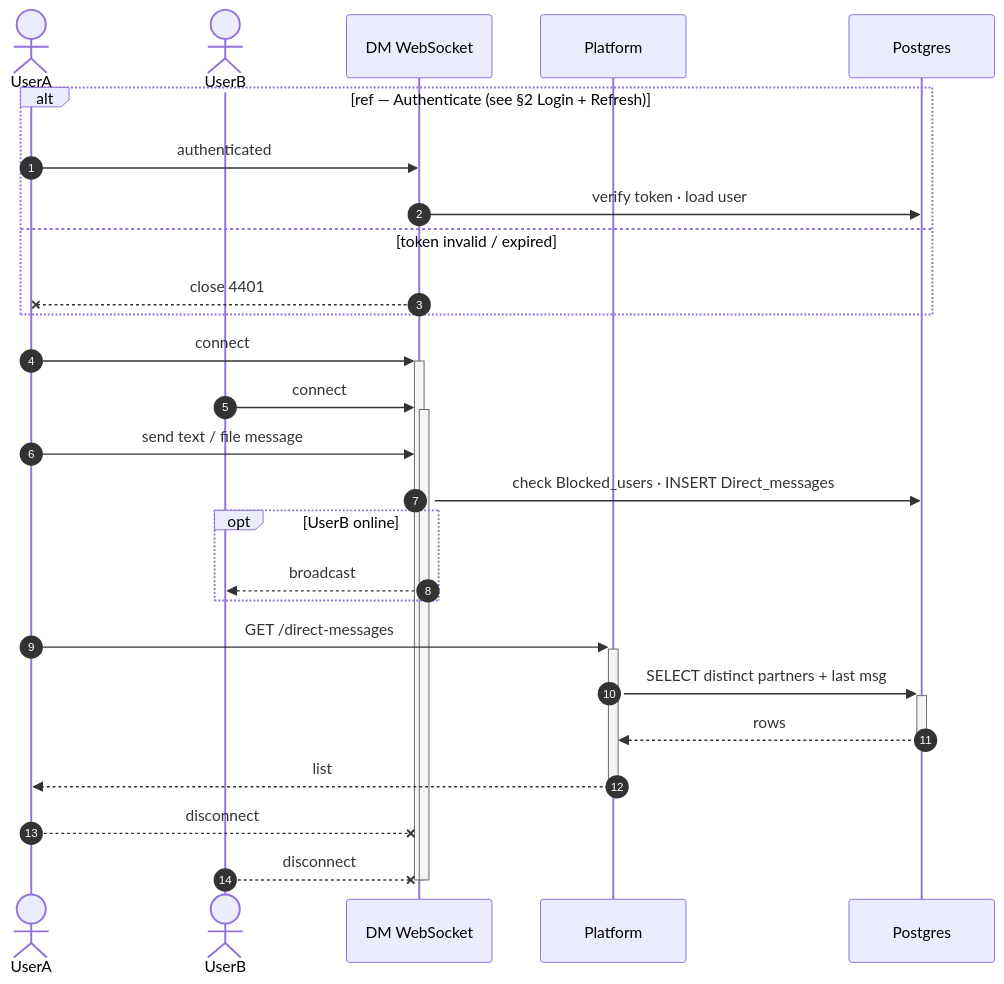
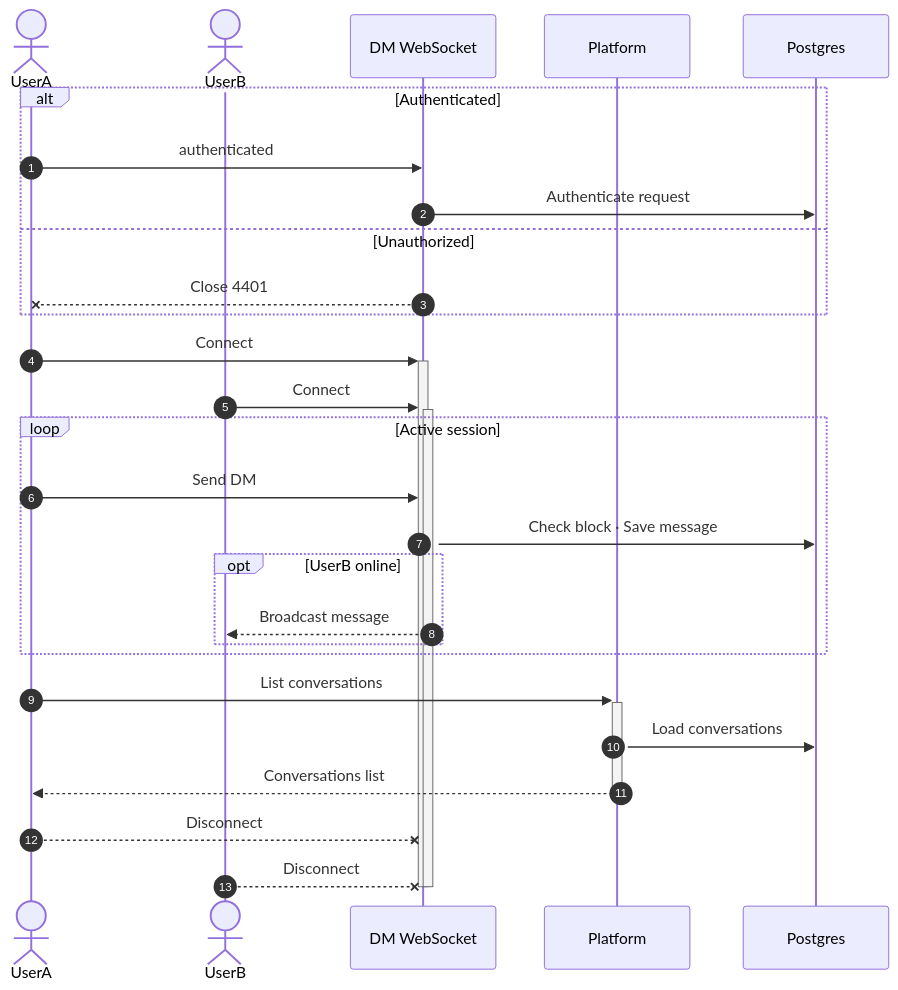
Diagram 15 of 16 in docs/SEQUENCE_DIAGRAMS.md (MohamedChebbi123/teamnest), drawn with Mermaid before and after one commit. The commit also changed other lines of this file, not shown here.

````diff
--- a/docs/SEQUENCE_DIAGRAMS.md
+++ b/docs/SEQUENCE_DIAGRAMS.md
@@ -451,35 +529,36 @@
 ```mermaid
 sequenceDiagram
     autonumber
     actor UserA
     actor UserB
     participant WS as DM WebSocket
     participant API as Platform
     participant DB as Postgres
 
-    alt ref — Authenticate (see §2 Login + Refresh)
+    alt Authenticated
         UserA->>WS: authenticated
-        WS->>DB: verify token · load user
-    else token invalid / expired
-        WS--xUserA: close 4401
+        WS->>DB: Authenticate request
+    else Unauthorized
+        WS--xUserA: Close 4401
     end
 
-    UserA->>+WS: connect
-    UserB->>+WS: connect
+    UserA->>+WS: Connect
+    UserB->>+WS: Connect
 
-    UserA->>WS: send text / file message
-    WS->>DB: check Blocked_users · INSERT Direct_messages
-    opt UserB online
-        WS-->>UserB: broadcast
+    loop Active session
+        UserA->>WS: Send DM
+        WS->>DB: Check block · Save message
+        opt UserB online
+            WS-->>UserB: Broadcast message
+        end
     end
 
-    UserA->>+API: GET /direct-messages
-    API->>+DB: SELECT distinct partners + last msg
-    DB-->>-API: rows
-    API-->>-UserA: list
+    UserA->>+API: List conversations
+    API->>DB: Load conversations
+    API-->>-UserA: Conversations list
 
-    UserA--xWS: disconnect
-    UserB--xWS: disconnect
+    UserA--xWS: Disconnect
+    UserB--xWS: Disconnect
     deactivate WS
     deactivate WS
 ```
````
